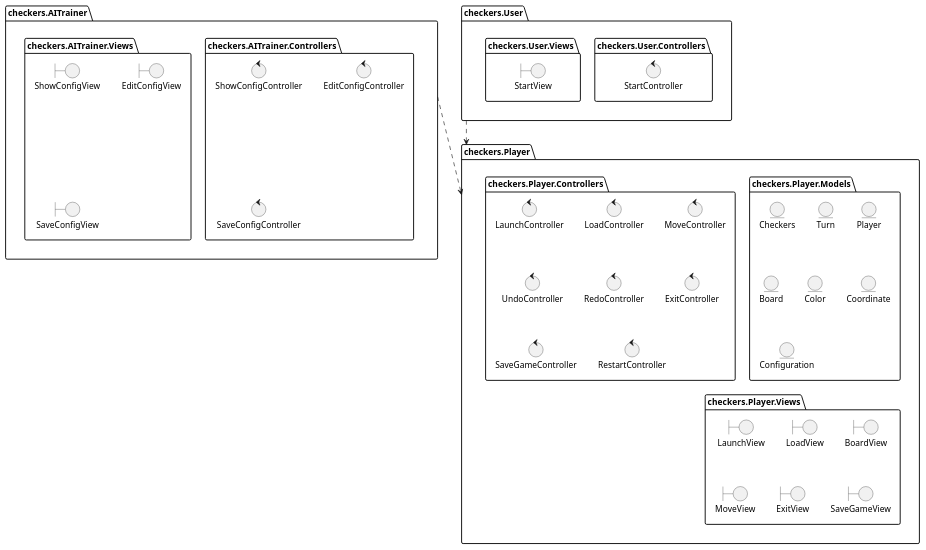
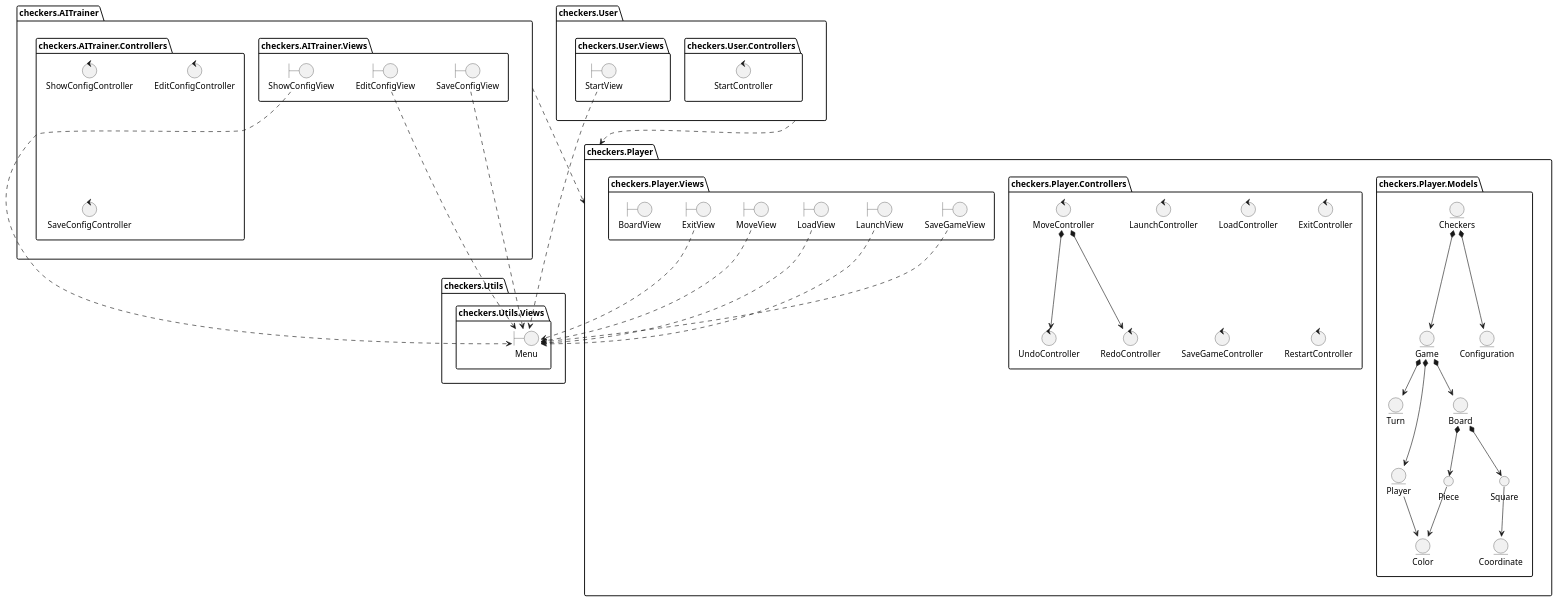
The diagram in docs/src/analysis/packages.plantuml (Master-Desarrollo-20-21/patrones-diseno---practica-final---juego-de-las-damas-fraylopez), drawn with PlantUML before and after one commit. The commit also changed 3 other files, not shown here.

```diff
--- a/docs/src/analysis/packages.plantuml
+++ b/docs/src/analysis/packages.plantuml
@@ -1,72 +1,104 @@
 @startuml Packages
 
 
+package checkers.Utils {
+  package checkers.Utils.Views {
+    boundary Menu
+  }
+}
 
 package checkers.User{
   package checkers.User.Controllers{
     control StartController
   }
   package checkers.User.Views{
     boundary StartView
+    StartView ..> Menu
   }
 }
+
+
 
 package checkers.AITrainer {
   package checkers.AITrainer.Controllers{
     control ShowConfigController
     control EditConfigController
     control SaveConfigController
   }
   package checkers.AITrainer.Views{
     boundary ShowConfigView
     boundary EditConfigView
     boundary SaveConfigView
+    ShowConfigView ..> Menu
+    EditConfigView ..> Menu
+    SaveConfigView ..> Menu
   }
 }
 
 package checkers.Player {
   package checkers.Player.Models{
     entity Checkers
+    entity Game
     entity Turn
     entity Player
     entity Board
     entity Color
     entity Coordinate
     entity Configuration
     ' entity Move
     ' entity Jump
     ' entity Piece
     ' entity Square
+    Checkers *--> Configuration
+    Checkers *--> Game
+    Game *--> Turn
+    Game *--> Player
+    Game *--> Board
+
+    Board *--> Square
+    Board *--> Piece
+    Piece --> Color
+    Player --> Color
+    Square --> Coordinate
+
   }
 
   package checkers.Player.Controllers{
     control LaunchController
     control LoadController
     control MoveController
     control UndoController
     control RedoController
     control ExitController
     control SaveGameController
     control RestartController
+
+    MoveController *--> UndoController
+    MoveController *--> RedoController
+
   }
 
   package checkers.Player.Views{
-    ' boundary CheckersView
     boundary LaunchView
     boundary LoadView
-    boundary BoardView
-    ' boundary PieceView
     boundary MoveView
     boundary ExitView
     boundary SaveGameView
+    boundary BoardView
+
+    LaunchView ..> Menu
+    LoadView ..> Menu
+    MoveView ..> Menu
+    ExitView ..> Menu
+    SaveGameView ..> Menu
   }
 }
 
 checkers.User ..> checkers.Player
 checkers.AITrainer ..> checkers.Player
 
 
 
 
 
 @enduml
```
